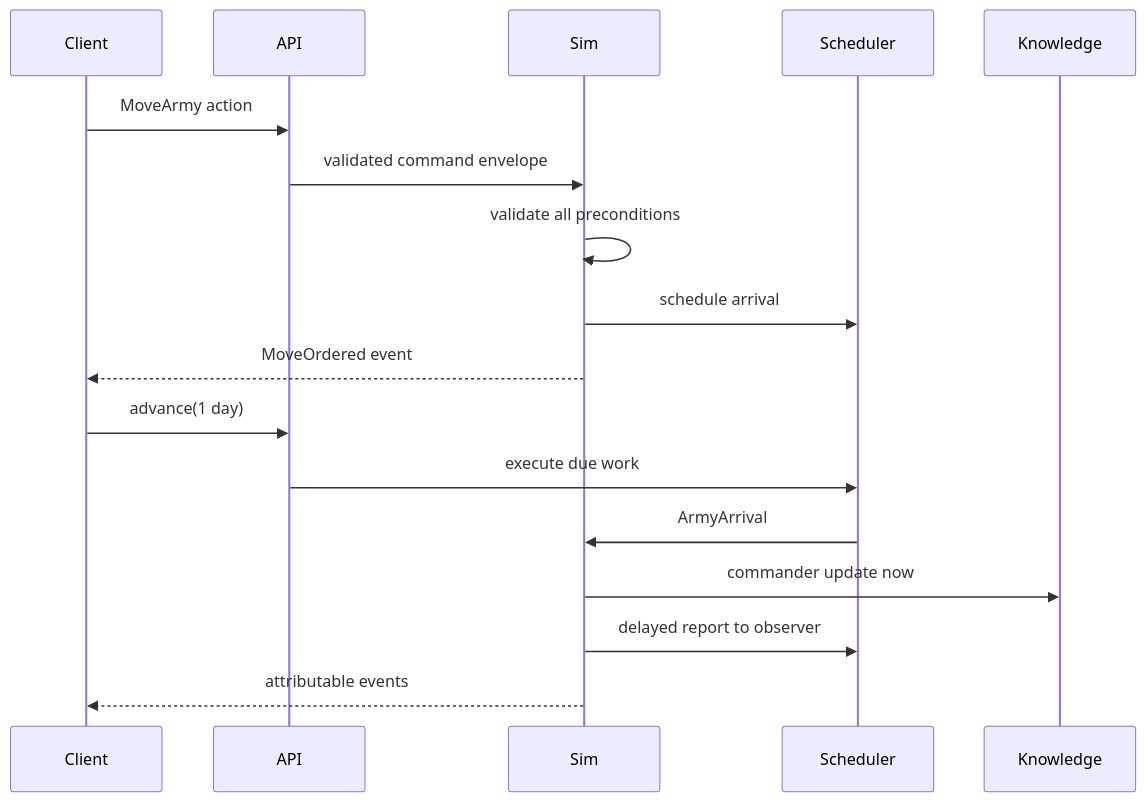
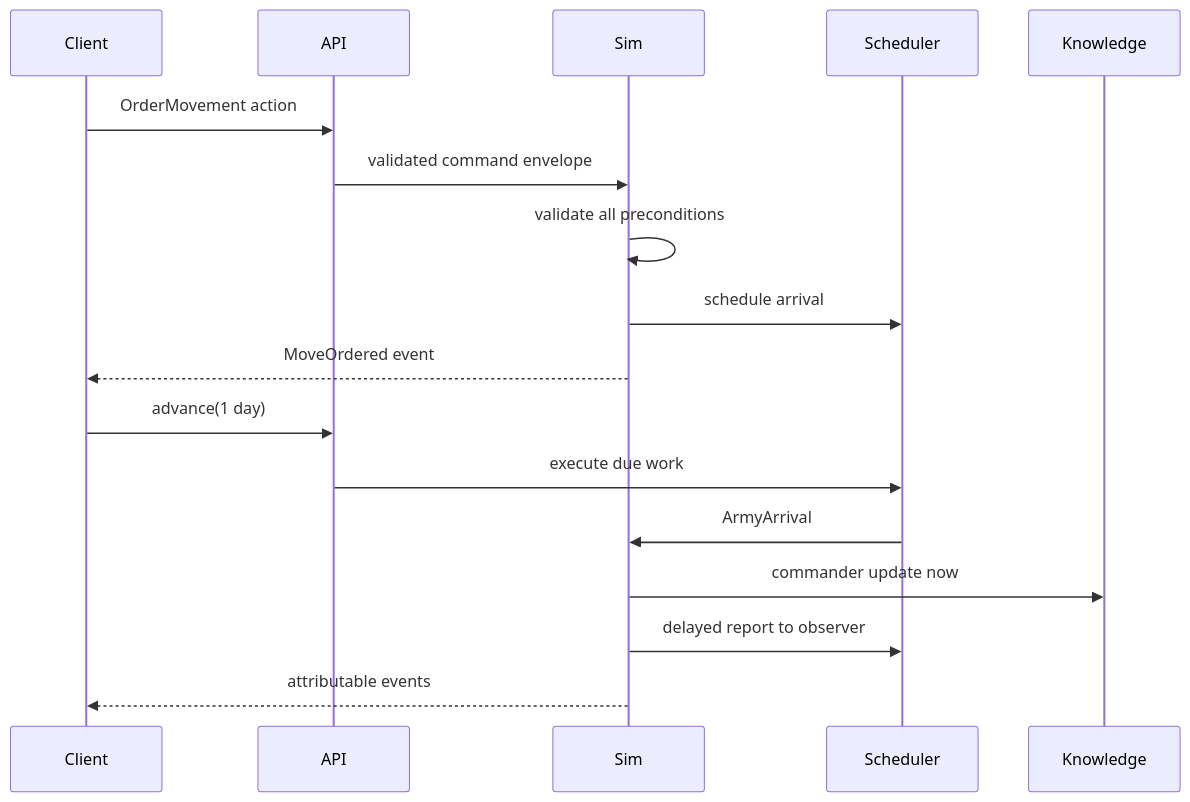
Before and after one commit to PeiyuanQi/canwu: the fourth of 4 diagrams in docs/architecture.md, drawn with Mermaid. The commit also changed other lines of this file and 34 other files, not shown here.

````diff
--- a/docs/architecture.md
+++ b/docs/architecture.md
@@ -341,20 +341,20 @@
 ```mermaid
 sequenceDiagram
     participant Client
     participant API
     participant Sim
     participant Scheduler
     participant Knowledge
 
-    Client->>API: MoveArmy action
+    Client->>API: OrderMovement action
     API->>Sim: validated command envelope
     Sim->>Sim: validate all preconditions
     Sim->>Scheduler: schedule arrival
     Sim-->>Client: MoveOrdered event
     Client->>API: advance(1 day)
     API->>Scheduler: execute due work
     Scheduler->>Sim: ArmyArrival
     Sim->>Knowledge: commander update now
     Sim->>Scheduler: delayed report to observer
     Sim-->>Client: attributable events
 ```
````
